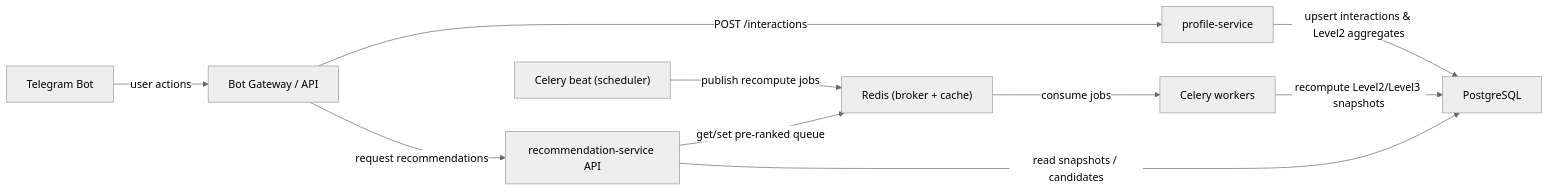
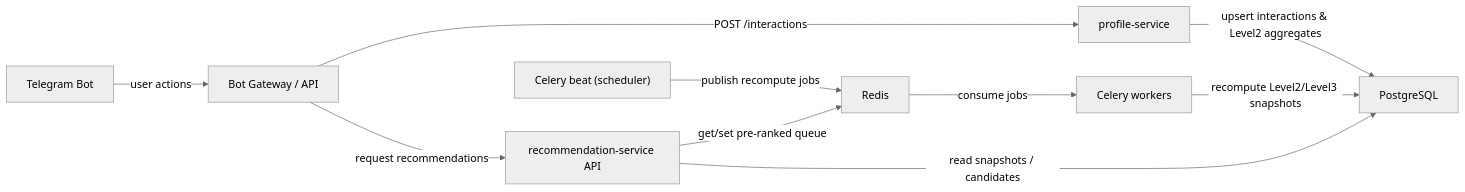
One commit to D4non/K0709-23-3-Pisarev changed the diagram in README.md. Above: the diagram before and after it, drawn with Mermaid (neutral theme). The commit also changed 9 other files, not shown here.

````diff
--- a/README.md
+++ b/README.md
@@ -48,14 +48,14 @@
 ```mermaid
 flowchart LR
   TgBot["Telegram Bot"] -->|user actions| BotGateway["Bot Gateway / API"]
   BotGateway -->|POST /interactions| ProfileService["profile-service"]
   ProfileService -->|upsert interactions & Level2 aggregates| Postgres["PostgreSQL"]
 
-  CeleryBeat["Celery beat (scheduler)"] -->|publish recompute jobs| Redis["Redis (broker + cache)"]
+  CeleryBeat["Celery beat (scheduler)"] -->|publish recompute jobs| Redis
   Redis -->|consume jobs| CeleryWorkers["Celery workers"]
   CeleryWorkers -->|recompute Level2/Level3 snapshots| Postgres
 
   BotGateway -->|request recommendations| RecoAPI["recommendation-service API"]
   RecoAPI -->|read snapshots / candidates| Postgres
   RecoAPI -->|get/set pre-ranked queue| Redis
 ```
````
